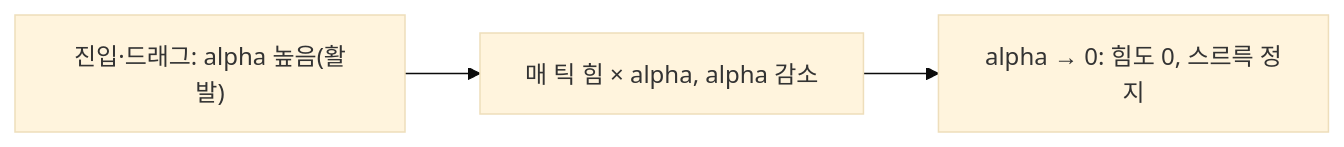
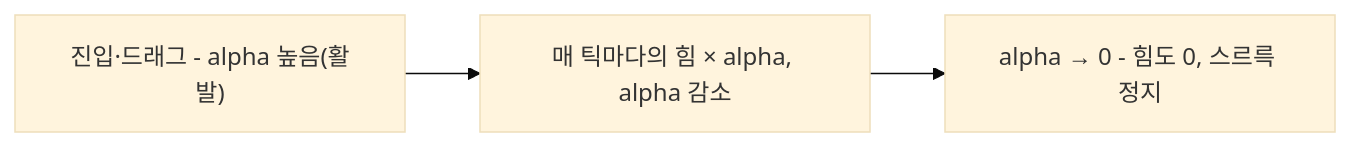
The diagram in src/content/posts/polish-round-12.md (RJ-Stony/injoy), drawn with Mermaid (base theme) before and after one commit. The commit also changed other lines of this file, not shown here.

````diff
--- a/src/content/posts/polish-round-12.md
+++ b/src/content/posts/polish-round-12.md
@@ -55,5 +55,5 @@
 ```mermaid
 flowchart LR
-    A["진입·드래그: alpha 높음(활발)"] --> B["매 틱 힘 × alpha, alpha 감소"]
-    B --> C["alpha → 0: 힘도 0, 스르륵 정지"]
+    A["진입·드래그 - alpha 높음(활발)"] --> B["매 틱마다의 힘 × alpha, alpha 감소"]
+    B --> C["alpha → 0 - 힘도 0, 스르륵 정지"]
 ```
````
